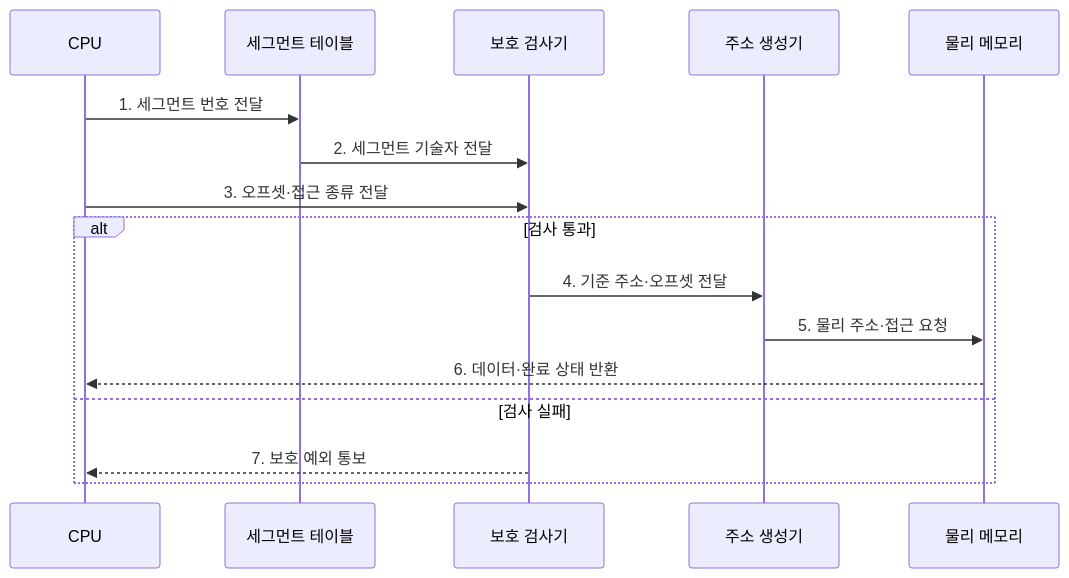
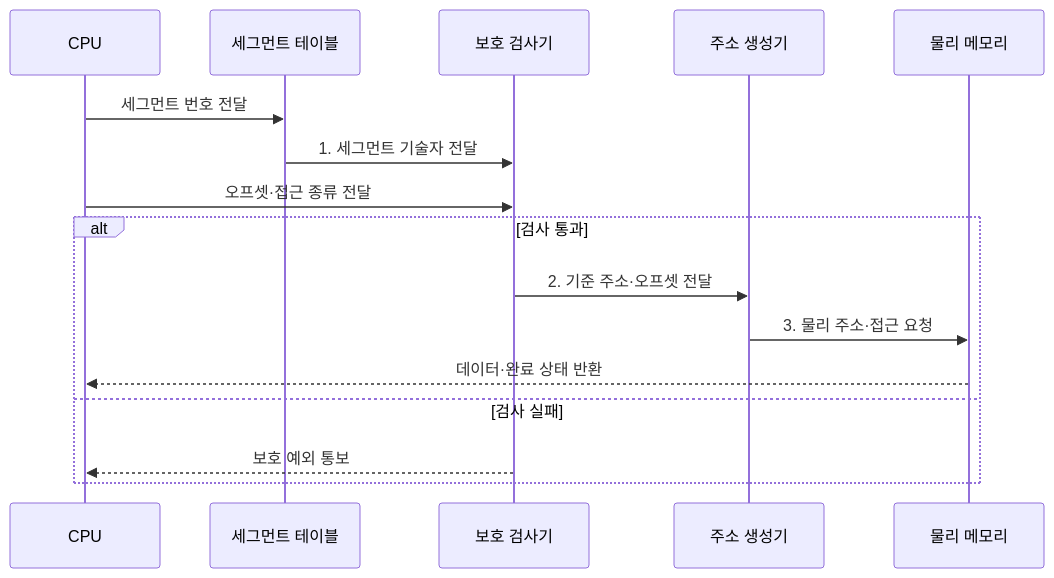
Before and after one commit to agnusdei1207/knowledge-base: the second of 2 diagrams in src/content/docs/notes/02-hardware/019_segmentation.md, drawn with Mermaid. The commit also changed other lines of this file and 19 other files, not shown here.

````diff
--- a/src/content/docs/notes/02-hardware/019_segmentation.md
+++ b/src/content/docs/notes/02-hardware/019_segmentation.md
@@ -82,18 +82,18 @@
 ```mermaid
 sequenceDiagram
     participant C as CPU
     participant T as 세그먼트 테이블
     participant P as 보호 검사기
     participant G as 주소 생성기
     participant M as 물리 메모리
-    C->>T: 1. 세그먼트 번호 전달
-    T->>P: 2. 세그먼트 기술자 전달
-    C->>P: 3. 오프셋·접근 종류 전달
+    C->>T: 세그먼트 번호 전달
+    T->>P: 1. 세그먼트 기술자 전달
+    C->>P: 오프셋·접근 종류 전달
     alt 검사 통과
-        P->>G: 4. 기준 주소·오프셋 전달
-        G->>M: 5. 물리 주소·접근 요청
-        M-->>C: 6. 데이터·완료 상태 반환
+        P->>G: 2. 기준 주소·오프셋 전달
+        G->>M: 3. 물리 주소·접근 요청
+        M-->>C: 데이터·완료 상태 반환
     else 검사 실패
-        P-->>C: 7. 보호 예외 통보
+        P-->>C: 보호 예외 통보
     end
 ```
````
